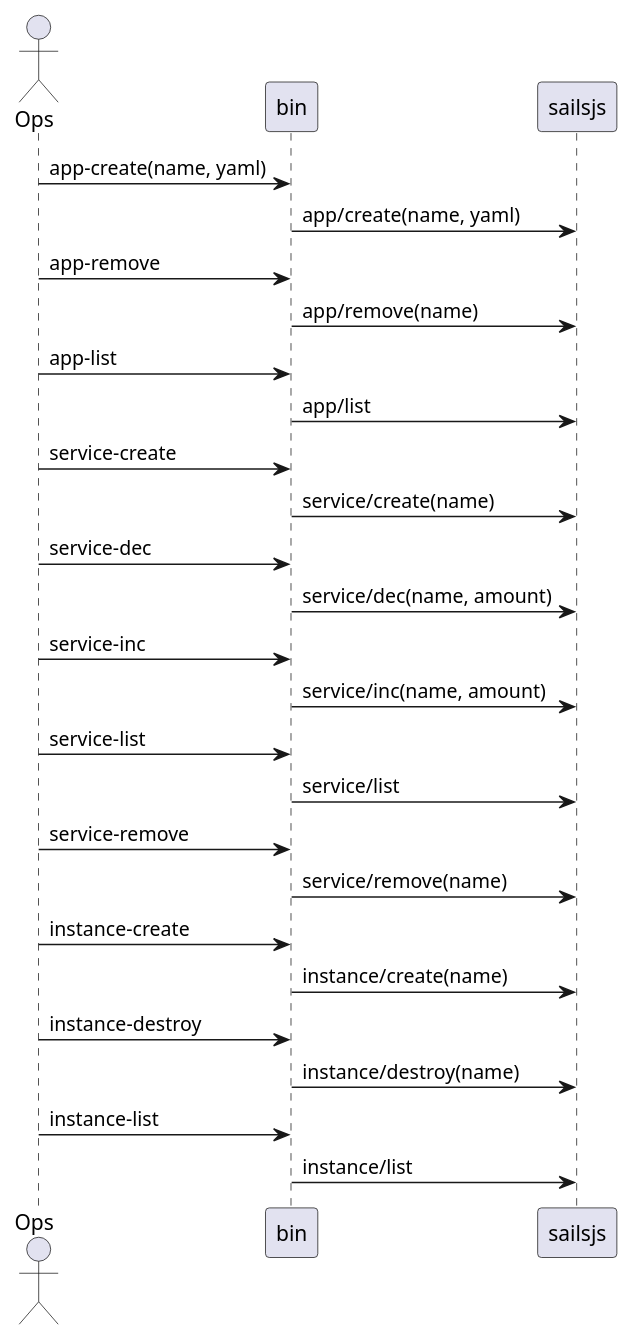
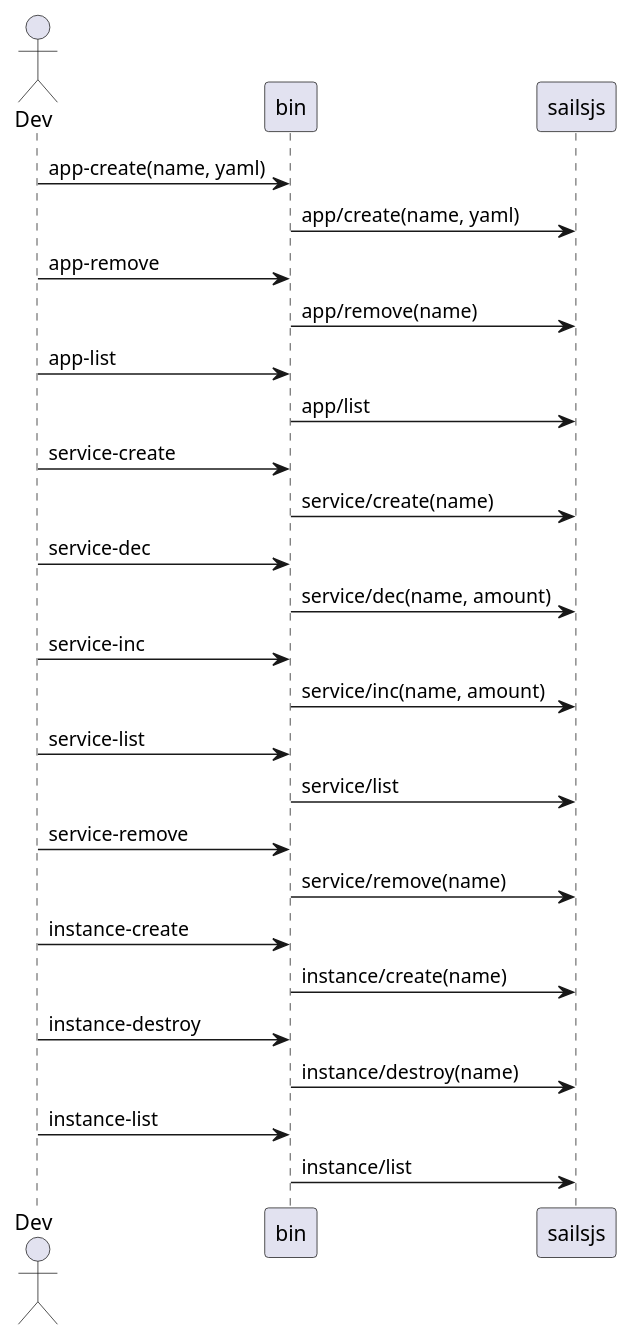
Before and after one commit to CAADE/fleet: the diagram in docs/Solution/Application-Stack/UserInteraction.puml, drawn with PlantUML. The commit also changed 8 other files, not shown here.

```diff
--- a/docs/Solution/Application-Stack/UserInteraction.puml
+++ b/docs/Solution/Application-Stack/UserInteraction.puml
@@ -1,27 +1,27 @@
 @startuml
-actor Ops
+actor Dev
 
-Ops -> bin: app-create(name, yaml)
+Dev -> bin: app-create(name, yaml)
 bin -> sailsjs : app/create(name, yaml)
-Ops -> bin: app-remove
+Dev -> bin: app-remove
 bin -> sailsjs : app/remove(name)
-Ops -> bin: app-list
+Dev -> bin: app-list
 bin -> sailsjs : app/list
-Ops -> bin: service-create
+Dev -> bin: service-create
 bin -> sailsjs : service/create(name)
-Ops -> bin: service-dec
+Dev -> bin: service-dec
 bin -> sailsjs : service/dec(name, amount)
-Ops -> bin: service-inc
+Dev -> bin: service-inc
 bin -> sailsjs : service/inc(name, amount)
-Ops -> bin: service-list
+Dev -> bin: service-list
 bin -> sailsjs : service/list
-Ops -> bin: service-remove
+Dev -> bin: service-remove
 bin -> sailsjs : service/remove(name)
-Ops -> bin: instance-create
+Dev -> bin: instance-create
 bin -> sailsjs : instance/create(name)
-Ops -> bin: instance-destroy
+Dev -> bin: instance-destroy
 bin -> sailsjs : instance/destroy(name)
-Ops -> bin: instance-list
+Dev -> bin: instance-list
 bin -> sailsjs : instance/list
 
 @enduml
```
